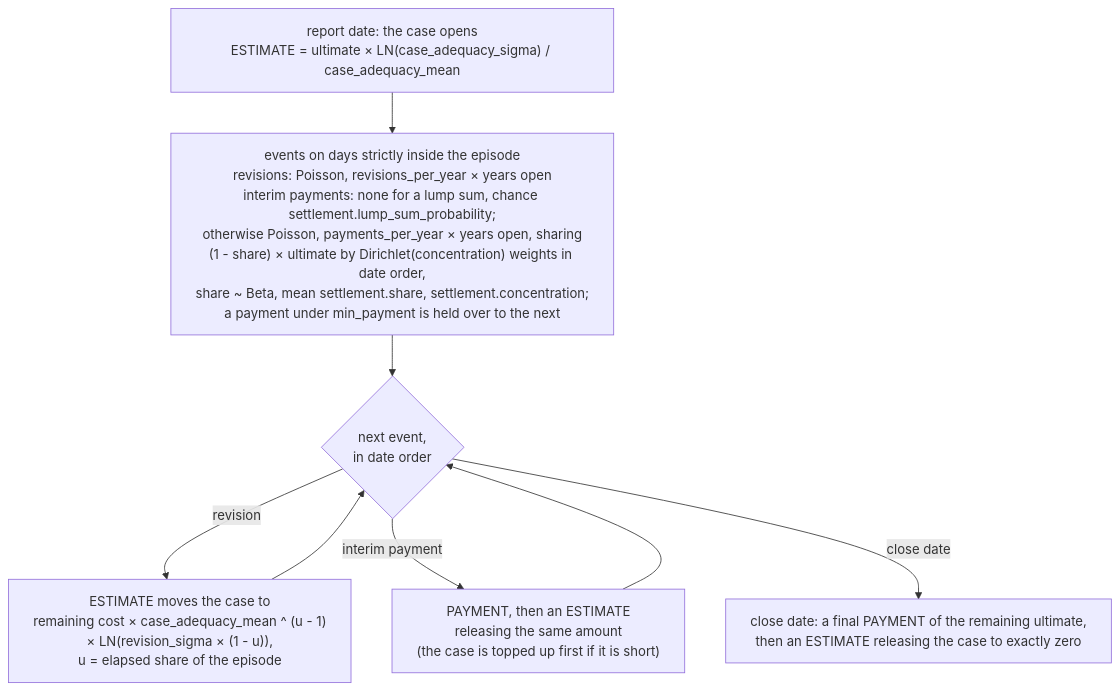
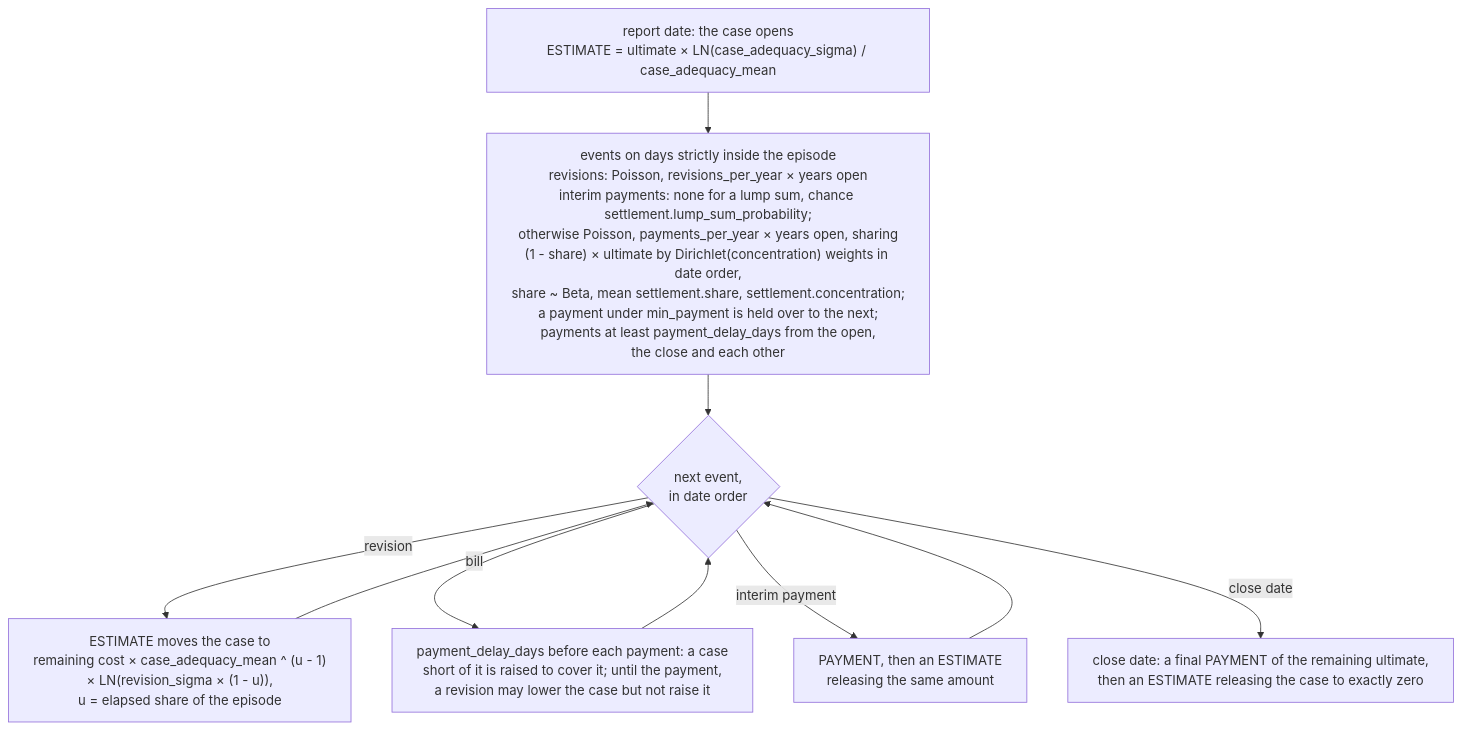
The sixth of 10 diagrams in README.md (le-marais/claims-data-generator), drawn with Mermaid before and after one commit. The commit also changed other lines of this file and 9 other files, not shown here.

First line of the commit message:
Document the payment delay and narrow MR-20 to revision timing

````diff
--- a/README.md
+++ b/README.md
@@ -220,14 +220,16 @@
 ```mermaid
 %%{init: {"flowchart": {"wrappingWidth": 480}}}%%
 flowchart TD
     opening["report date: the case opens<br/>ESTIMATE = ultimate × LN(case_adequacy_sigma) / case_adequacy_mean"]
-    events["events on days strictly inside the episode<br/>revisions: Poisson, revisions_per_year × years open<br/>interim payments: none for a lump sum, chance settlement.lump_sum_probability;<br/>otherwise Poisson, payments_per_year × years open, sharing<br/>(1 - share) × ultimate by Dirichlet(concentration) weights in date order,<br/>share ~ Beta, mean settlement.share, settlement.concentration;<br/>a payment under min_payment is held over to the next"]
+    events["events on days strictly inside the episode<br/>revisions: Poisson, revisions_per_year × years open<br/>interim payments: none for a lump sum, chance settlement.lump_sum_probability;<br/>otherwise Poisson, payments_per_year × years open, sharing<br/>(1 - share) × ultimate by Dirichlet(concentration) weights in date order,<br/>share ~ Beta, mean settlement.share, settlement.concentration;<br/>a payment under min_payment is held over to the next;<br/>payments at least payment_delay_days from the open,<br/>the close and each other"]
     nextEvent{"next event,<br/>in date order"}
     revise["ESTIMATE moves the case to<br/>remaining cost × case_adequacy_mean ^ (u - 1)<br/>× LN(revision_sigma × (1 - u)),<br/>u = elapsed share of the episode"]
-    pay["PAYMENT, then an ESTIMATE<br/>releasing the same amount<br/>(the case is topped up first if it is short)"]
+    pay["PAYMENT, then an ESTIMATE<br/>releasing the same amount"]
+    bill["payment_delay_days before each payment: a case<br/>short of it is raised to cover it; until the payment,<br/>a revision may lower the case but not raise it"]
     settle["close date: a final PAYMENT of the remaining ultimate,<br/>then an ESTIMATE releasing the case to exactly zero"]
     opening --> events --> nextEvent
     nextEvent -- "revision" --> revise --> nextEvent
+    nextEvent -- "bill" --> bill --> nextEvent
     nextEvent -- "interim payment" --> pay --> nextEvent
     nextEvent -- "close date" --> settle
 ```
````
